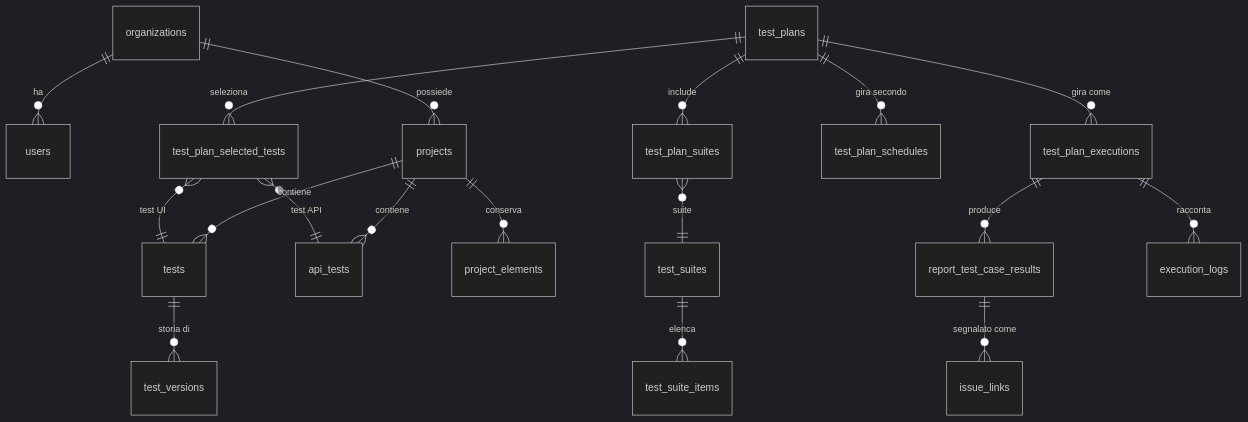
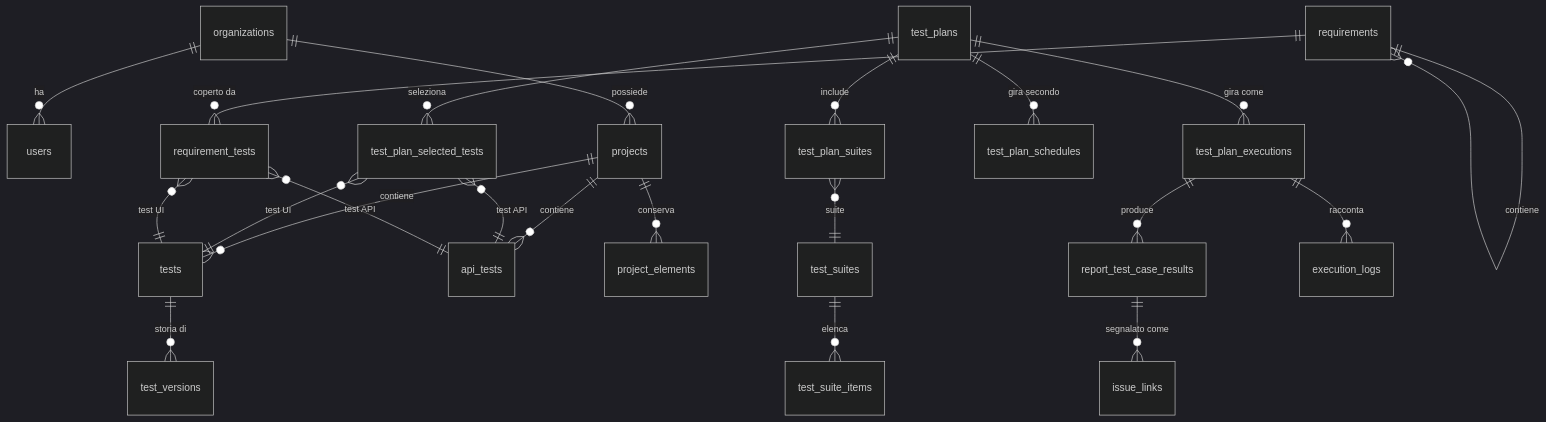
The diagram in docs/it/internals/data-model.md (Markg981/WebFlowMaster), drawn with Mermaid (dark theme) before and after one commit. The commit also changed other lines of this file and 33 other files, not shown here.

First line of the commit message:
feat(requirements): traceability from epics and stories to the tests that cover them

````diff
--- a/docs/it/internals/data-model.md
+++ b/docs/it/internals/data-model.md
@@ -13,20 +13,24 @@
 ```mermaid
 erDiagram
   organizations ||--o{ users : ha
   organizations ||--o{ projects : possiede
   projects ||--o{ tests : contiene
   projects ||--o{ api_tests : contiene
   projects ||--o{ project_elements : conserva
   tests ||--o{ test_versions : "storia di"
   test_plans ||--o{ test_plan_selected_tests : seleziona
   test_plan_selected_tests }o--|| tests : "test UI"
   test_plan_selected_tests }o--|| api_tests : "test API"
   test_plans ||--o{ test_plan_suites : include
   test_plan_suites }o--|| test_suites : suite
   test_suites ||--o{ test_suite_items : elenca
+  requirements ||--o{ requirements : contiene
+  requirements ||--o{ requirement_tests : "coperto da"
+  requirement_tests }o--|| tests : "test UI"
+  requirement_tests }o--|| api_tests : "test API"
   test_plans ||--o{ test_plan_schedules : "gira secondo"
   test_plans ||--o{ test_plan_executions : "gira come"
   test_plan_executions ||--o{ report_test_case_results : produce
   test_plan_executions ||--o{ execution_logs : racconta
   report_test_case_results ||--o{ issue_links : "segnalato come"
 ```
````
